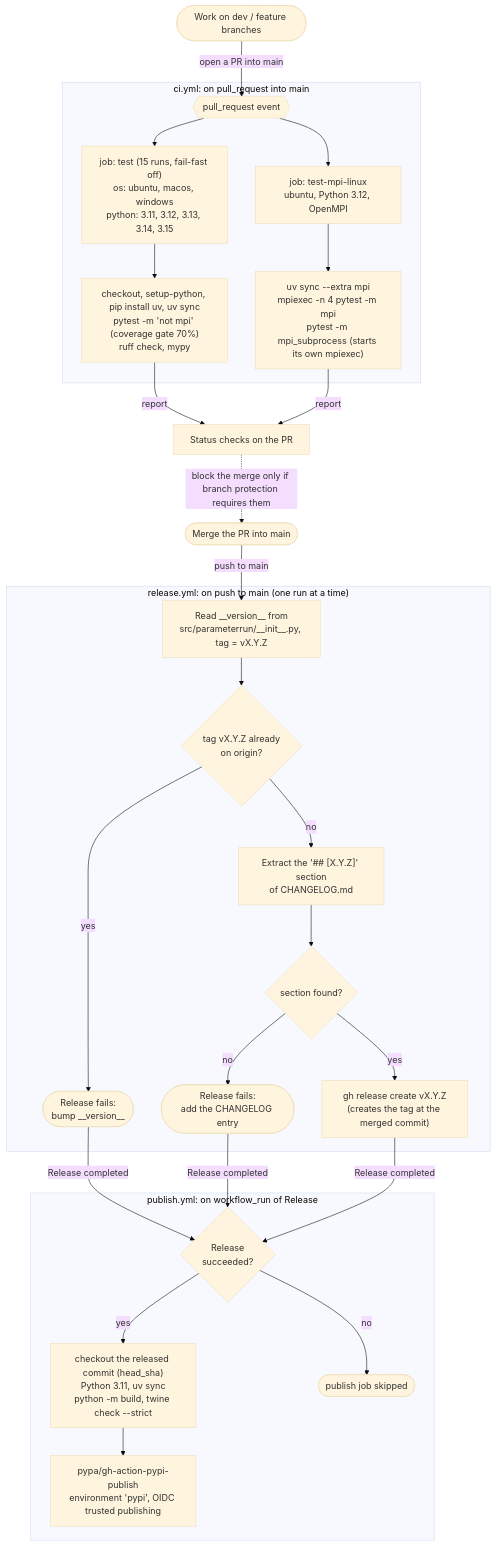
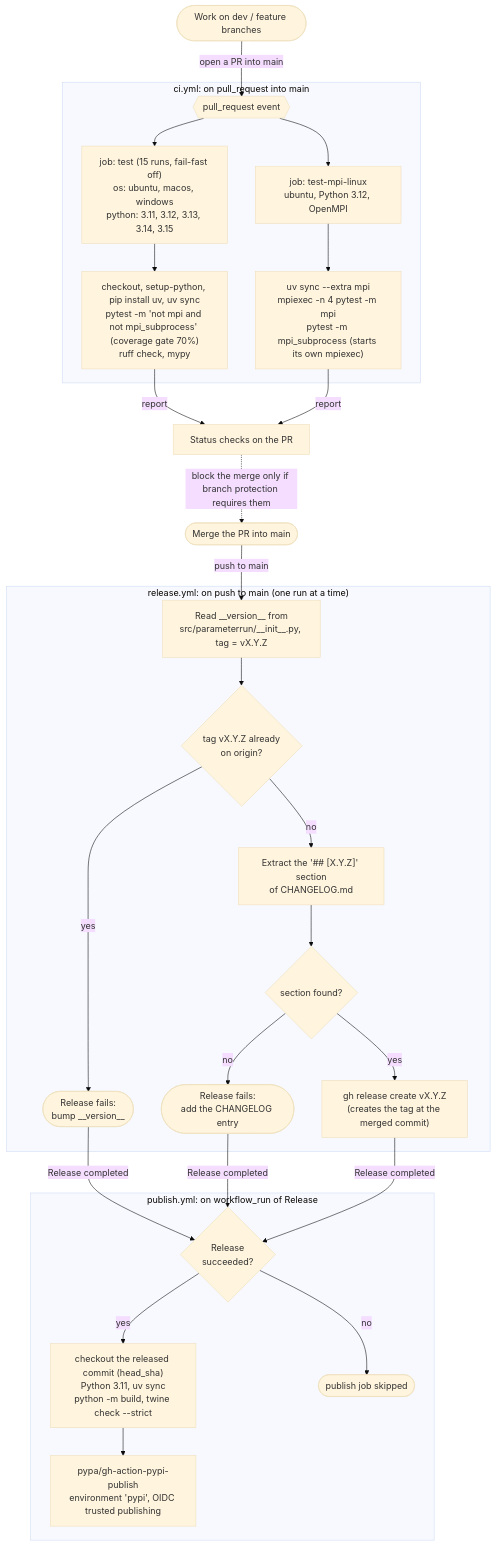
One commit to Davtax/ParameterRun changed the diagram in docs/github-actions.md. Above: the diagram before and after it, drawn with Mermaid (base theme). The commit also changed other lines of this file and 2 other files, not shown here.

Commit message:
Solve problem with MPI loading in non-MPI test

````diff
--- a/docs/github-actions.md
+++ b/docs/github-actions.md
@@ -20,48 +20,48 @@
 ```mermaid
 flowchart TD
     work(["Work on dev / feature branches"]) -->|"open a PR into main"| pr
 
     subgraph CI["ci.yml: on pull_request into main"]
         pr{{"pull_request event"}}
         matrix["job: test (15 runs, fail-fast off)<br/>os: ubuntu, macos, windows<br/>python: 3.11, 3.12, 3.13, 3.14, 3.15"]
-        msteps["checkout, setup-python, pip install uv, uv sync<br/>pytest -m 'not mpi' (coverage gate 70%)<br/>ruff check, mypy"]
+        msteps["checkout, setup-python, pip install uv, uv sync<br/>pytest -m 'not mpi and not mpi_subprocess' (coverage gate 70%)<br/>ruff check, mypy"]
         mpi["job: test-mpi-linux<br/>ubuntu, Python 3.12, OpenMPI"]
         mpisteps["uv sync --extra mpi<br/>mpiexec -n 4 pytest -m mpi<br/>pytest -m mpi_subprocess (starts its own mpiexec)"]
         pr --> matrix --> msteps
         pr --> mpi --> mpisteps
     end
 
     msteps & mpisteps -->|"report"| checks
     checks["Status checks on the PR"]
     merge(["Merge the PR into main"])
     checks -.->|"block the merge only if branch protection requires them"| merge
 
     merge -->|"push to main"| ver
 
     subgraph REL["release.yml: on push to main (one run at a time)"]
         ver["Read __version__ from<br/>src/parameterrun/__init__.py, tag = vX.Y.Z"]
         tagq{"tag vX.Y.Z already<br/>on origin?"}
         notes["Extract the '## [X.Y.Z]' section<br/>of CHANGELOG.md"]
         nq{"section found?"}
         gh["gh release create vX.Y.Z<br/>(creates the tag at the merged commit)"]
         fail1(["Release fails:<br/>bump __version__"])
         fail2(["Release fails:<br/>add the CHANGELOG entry"])
         ver --> tagq
         tagq -->|"yes"| fail1
         tagq -->|"no"| notes --> nq
         nq -->|"no"| fail2
         nq -->|"yes"| gh
     end
 
     gh -->|"Release completed"| okq
     fail1 & fail2 -->|"Release completed"| okq
 
     subgraph PUB["publish.yml: on workflow_run of Release"]
         okq{"Release<br/>succeeded?"}
         build["checkout the released commit (head_sha)<br/>Python 3.11, uv sync<br/>python -m build, twine check --strict"]
         pypi["pypa/gh-action-pypi-publish<br/>environment 'pypi', OIDC trusted publishing"]
         skip(["publish job skipped"])
         okq -->|"yes"| build --> pypi
         okq -->|"no"| skip
     end
 ```
````
